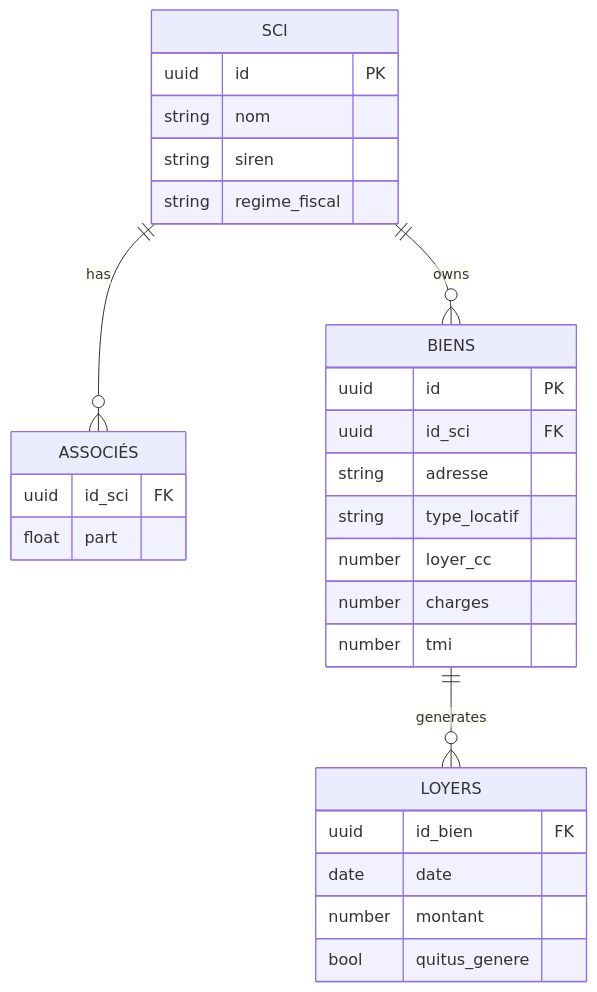
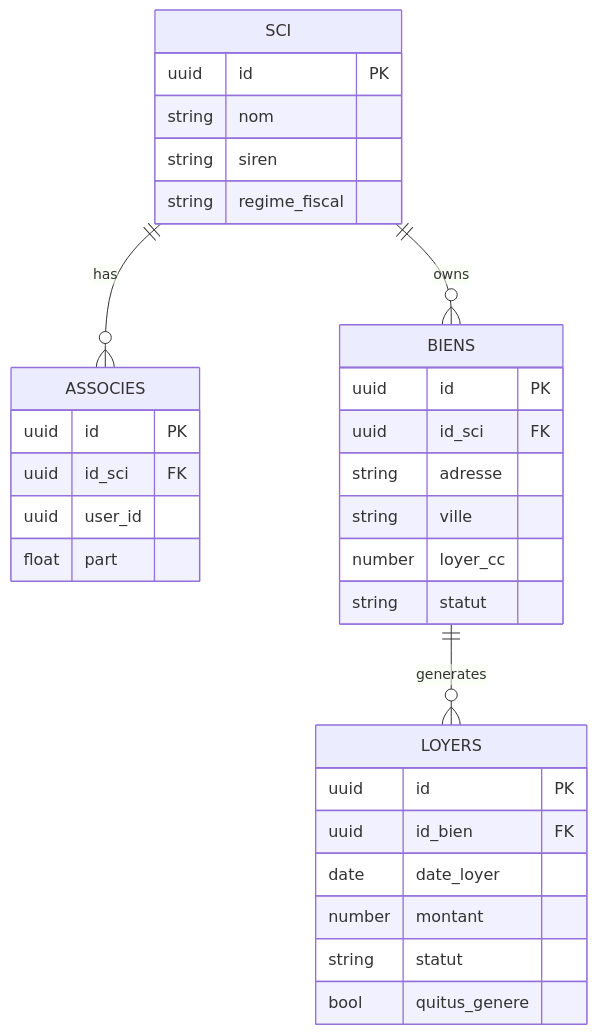
One commit to radnou/sci-manager-renew changed the diagram in ARCHITECTURE.md. Above: the diagram before and after it, drawn with Mermaid. The commit also changed other lines of this file and 10 other files, not shown here.

````diff
--- a/ARCHITECTURE.md
+++ b/ARCHITECTURE.md
@@ -7,32 +21,35 @@
 ```mermaid
 erDiagram
-    SCI ||--o{ ASSOCIÉS : has
+    SCI ||--o{ ASSOCIES : has
     SCI ||--o{ BIENS : owns
     BIENS ||--o{ LOYERS : generates
 
     SCI {
         uuid id PK
         string nom
         string siren
         string regime_fiscal
     }
-    ASSOCIÉS {
+    ASSOCIES {
+        uuid id PK
         uuid id_sci FK
+        uuid user_id
         float part
     }
     BIENS {
         uuid id PK
         uuid id_sci FK
         string adresse
-        string type_locatif
+        string ville
         number loyer_cc
-        number charges
-        number tmi
+        string statut
     }
     LOYERS {
+        uuid id PK
         uuid id_bien FK
-        date date
+        date date_loyer
         number montant
+        string statut
         bool quitus_genere
     }
 ```
````
